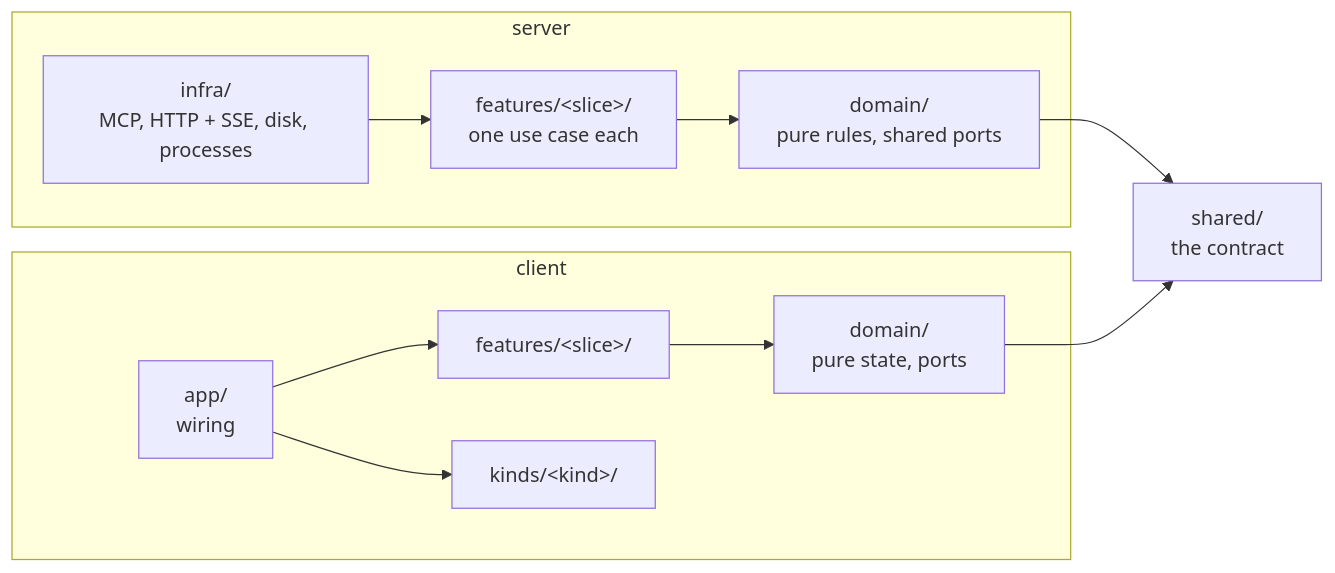
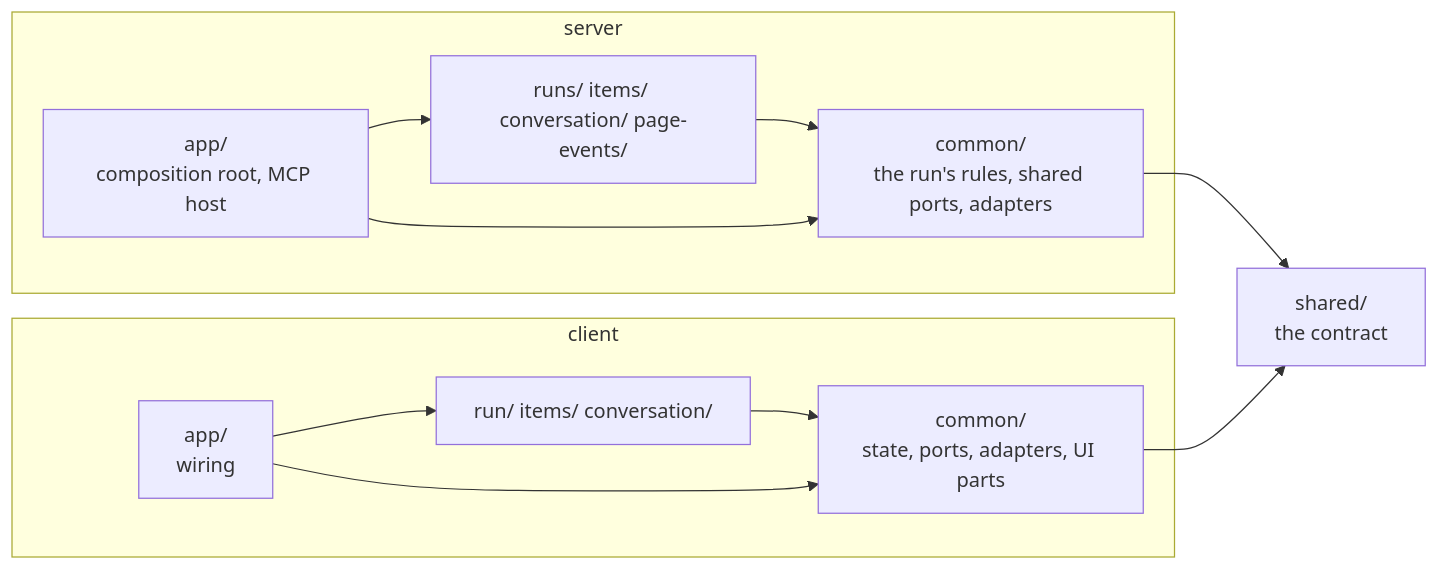
The diagram in docs/conventions.md (J-Povea21/hidalgo), drawn with Mermaid before and after one commit. The commit also changed other lines of this file and 3 other files, not shown here.

````diff
--- a/docs/conventions.md
+++ b/docs/conventions.md
@@ -23,13 +27,15 @@
 ```mermaid
 flowchart LR
   subgraph server
-    infra["infra/<br/>MCP, HTTP + SSE, disk, processes"] --> features
-    features["features/&lt;slice&gt;/<br/>one use case each"] --> domain["domain/<br/>pure rules, shared ports"]
+    sapp["app/<br/>composition root, MCP host"] --> smodules["runs/ items/ conversation/ page-events/"]
+    smodules --> scommon["common/<br/>the run's rules, shared ports, adapters"]
+    sapp --> scommon
   end
   subgraph client
-    app["app/<br/>wiring"] --> cfeatures["features/&lt;slice&gt;/"] --> cdomain["domain/<br/>pure state, ports"]
-    app --> kinds["kinds/&lt;kind&gt;/"]
+    capp["app/<br/>wiring"] --> cmodules["run/ items/ conversation/"]
+    cmodules --> ccommon["common/<br/>state, ports, adapters, UI parts"]
+    capp --> ccommon
   end
-  domain --> shared["shared/<br/>the contract"]
-  cdomain --> shared
+  scommon --> shared["shared/<br/>the contract"]
+  ccommon --> shared
 ```
````
